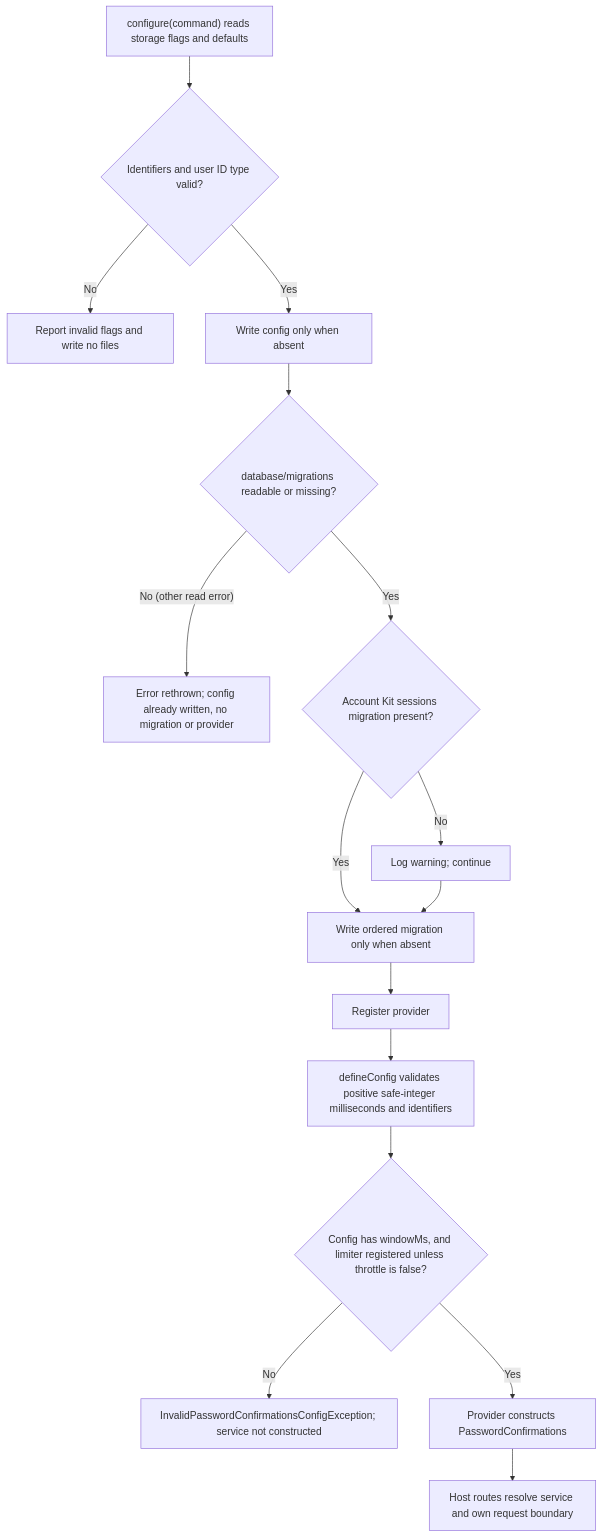
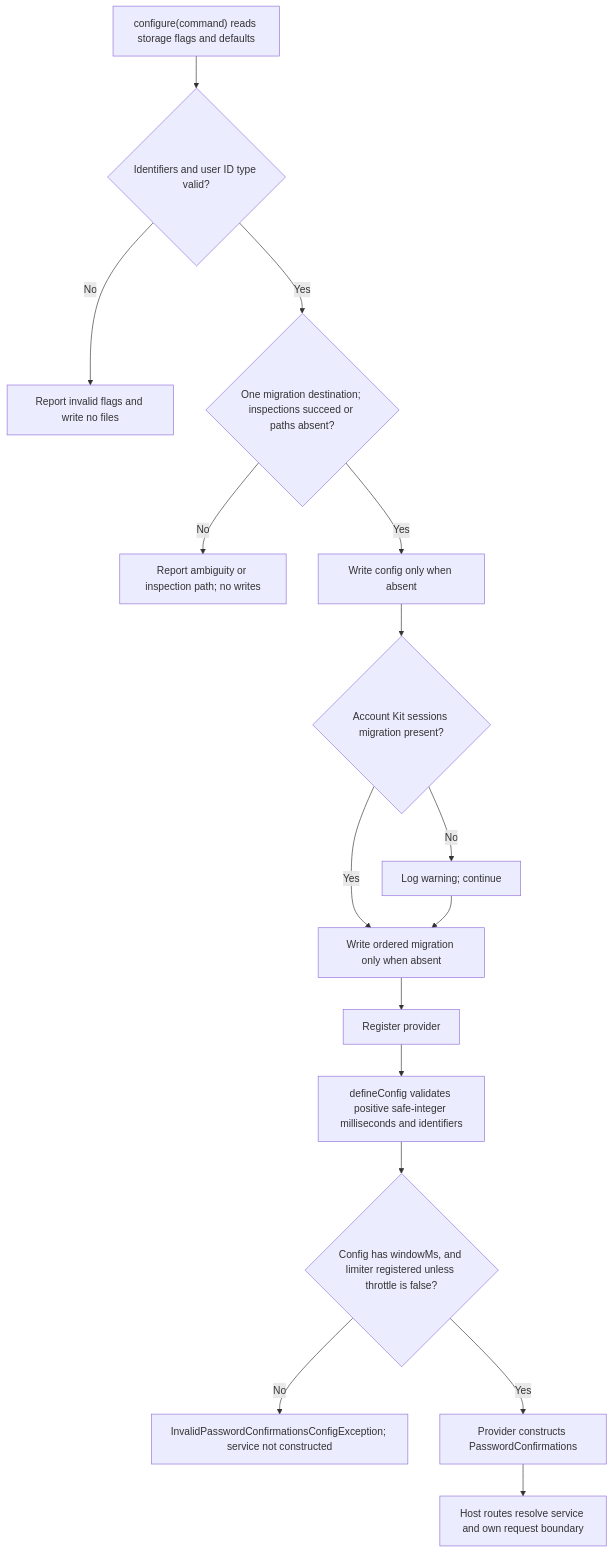
One commit to Kevinjohn/oss-adonisjs-confirm-action-with-password changed the second of 2 diagrams in user-stories/US-CONFIRM-04-configure-confirmations.md. Above: the diagram before and after it, drawn with Mermaid. The commit also changed other lines of this file and 25 other files, not shown here.

````diff
--- a/user-stories/US-CONFIRM-04-configure-confirmations.md
+++ b/user-stories/US-CONFIRM-04-configure-confirmations.md
@@ -51,18 +51,18 @@
 ```mermaid
 flowchart TD
     A["configure(command) reads storage flags and defaults"] --> B{"Identifiers and user ID type valid?"}
     B -->|No| C["Report invalid flags and write no files"]
-    B -->|Yes| D["Write config only when absent"]
-    D --> R{"database/migrations readable or missing?"}
-    R -->|"No (other read error)"| R2["Error rethrown; config already written, no migration or provider"]
-    R -->|Yes| B2{"Account Kit sessions migration present?"}
+    B -->|Yes| R{"One migration destination; inspections succeed or paths absent?"}
+    R -->|No| R2["Report ambiguity or inspection path; no writes"]
+    R -->|Yes| D["Write config only when absent"]
+    D --> B2{"Account Kit sessions migration present?"}
     B2 -->|No| B3["Log warning; continue"]
     B2 -->|Yes| M["Write ordered migration only when absent"]
     B3 --> M
     M --> E["Register provider"]
     E --> F["defineConfig validates positive safe-integer milliseconds and identifiers"]
     F --> G{"Config has windowMs, and limiter registered unless throttle is false?"}
     G -->|No| G2["InvalidPasswordConfirmationsConfigException; service not constructed"]
     G -->|Yes| G3["Provider constructs PasswordConfirmations"]
     G3 --> H["Host routes resolve service and own request boundary"]
 ```
````
